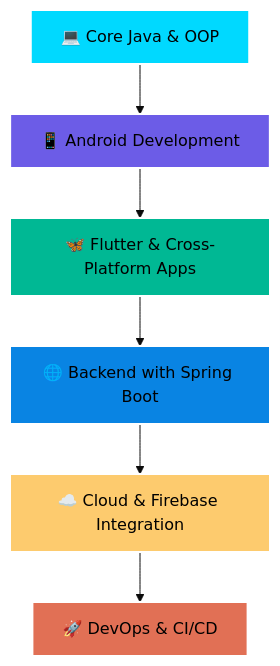
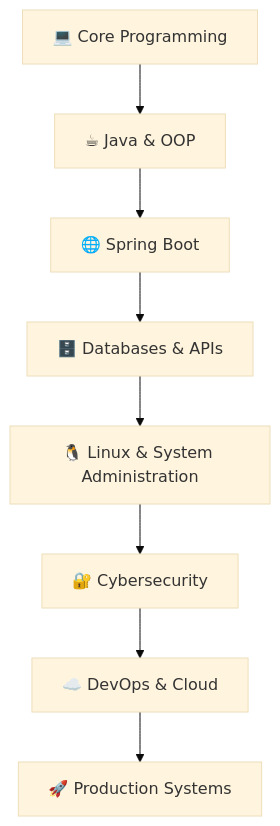
The diagram in README.md (RoyalRohan/RoyalRohan), drawn with Mermaid (base theme) before and after one commit. The commit also changed other lines of this file, not shown here.

````diff
--- a/README.md
+++ b/README.md
@@ -127,15 +267,10 @@
 ```mermaid
 graph TD
-    A[💻 Core Java & OOP] --> B[📱 Android Development]
-    B --> C[🦋 Flutter & Cross-Platform Apps]
-    C --> D[🌐 Backend with Spring Boot]
-    D --> E[☁️ Cloud & Firebase Integration]
-    E --> F[🚀 DevOps & CI/CD]
-    
-    style A fill:#00d9ff,stroke:#fff,stroke-width:2px,color:#000
-    style B fill:#6c5ce7,stroke:#fff,stroke-width:2px,color:#000
-    style C fill:#00b894,stroke:#fff,stroke-width:2px,color:#000
-    style D fill:#0984e3,stroke:#fff,stroke-width:2px,color:#000
-    style E fill:#fdcb6e,stroke:#fff,stroke-width:2px,color:#000
-    style F fill:#e17055,stroke:#fff,stroke-width:2px,color:#000
+    A[💻 Core Programming] --> B[☕ Java & OOP]
+    B --> C[🌐 Spring Boot]
+    C --> D[🗄️ Databases & APIs]
+    D --> E[🐧 Linux & System Administration]
+    E --> F[🔐 Cybersecurity]
+    F --> G[☁️ DevOps & Cloud]
+    G --> H[🚀 Production Systems]
 ```
````
